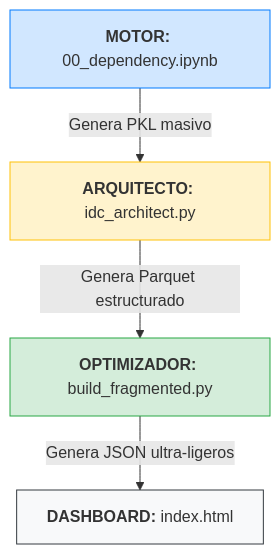
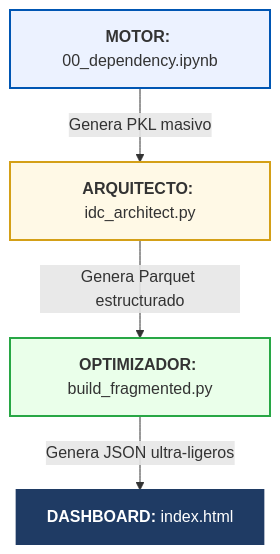
The diagram in README.md (mhidper/Seguridad-Economica), drawn with Mermaid before and after one commit.

Commit message:
docs: Update Mermaid diagram styling in README.

````diff
--- a/README.md
+++ b/README.md
@@ -32,11 +32,11 @@
 ```mermaid
 graph TD
     A[<b>MOTOR:</b> 00_dependency.ipynb] -->|Genera PKL masivo| B[<b>ARQUITECTO:</b> idc_architect.py]
     B -->|Genera Parquet estructurado| C[<b>OPTIMIZADOR:</b> build_fragmented.py]
     C -->|Genera JSON ultra-ligeros| D[<b>DASHBOARD:</b> index.html]
     
-    style A fill:#d1e7ff,stroke:#007bff
-    style B fill:#fff3cd,stroke:#ffc107
-    style C fill:#d4edda,stroke:#28a745
-    style D fill:#f8f9fa,stroke:#343a40
+    style A fill:#ecf2ff,stroke:#0056b3,stroke-width:2px
+    style B fill:#fff9e6,stroke:#d4a017,stroke-width:2px
+    style C fill:#eaffea,stroke:#28a745,stroke-width:2px
+    style D fill:#1f3b64,stroke:#1f3b64,color:#fff,stroke-width:2px
 ```
````
